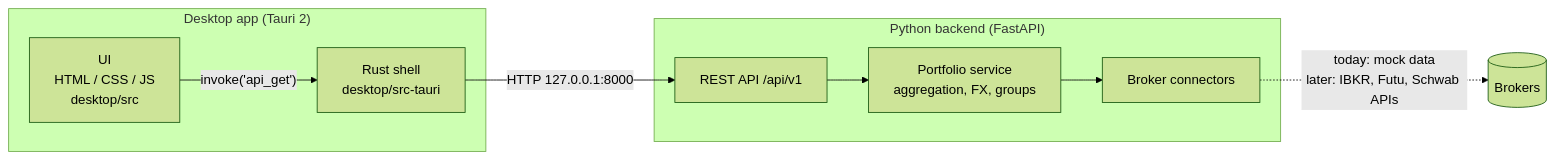
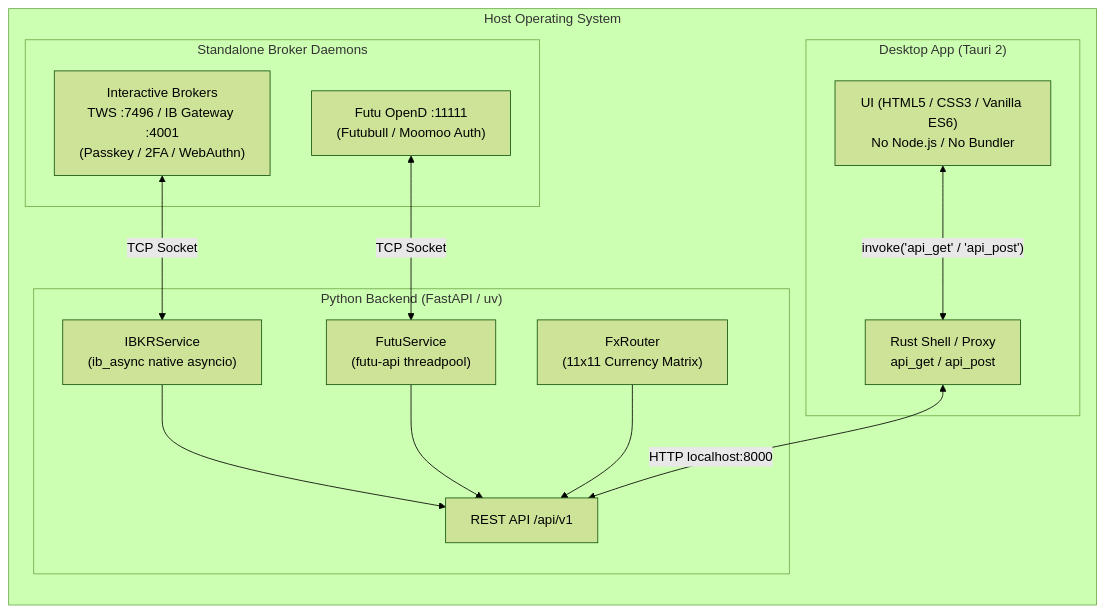
Before and after one commit to DHKLeung/uninv: the diagram in README.md, drawn with Mermaid (forest theme). The commit also changed other lines of this file and 35 other files, not shown here.

````diff
--- a/README.md
+++ b/README.md
@@ -17,16 +38,30 @@
 ```mermaid
 flowchart LR
-    subgraph Desktop["Desktop app (Tauri 2)"]
-        UI["UI<br/>HTML / CSS / JS<br/>desktop/src"]
-        RS["Rust shell<br/>desktop/src-tauri"]
+    subgraph Host["Host Operating System"]
+        subgraph Gateways["Standalone Broker Daemons"]
+            IBGW["Interactive Brokers<br/>TWS :7496 / IB Gateway :4001<br/>(Passkey / 2FA / WebAuthn)"]
+            FUTU["Futu OpenD :11111<br/>(Futubull / Moomoo Auth)"]
+        end
+
+        subgraph Backend["Python Backend (FastAPI / uv)"]
+            API["REST API /api/v1"]
+            IBKR_SVC["IBKRService<br/>(ib_async native asyncio)"]
+            FUTU_SVC["FutuService<br/>(futu-api threadpool)"]
+            FX["FxRouter<br/>(11x11 Currency Matrix)"]
+        end
+
+        subgraph Desktop["Desktop App (Tauri 2)"]
+            RS["Rust Shell / Proxy<br/>api_get / api_post"]
+            UI["UI (HTML5 / CSS3 / Vanilla ES6)<br/>No Node.js / No Bundler"]
+        end
     end
-    subgraph Backend["Python backend (FastAPI)"]
-        API["REST API /api/v1"]
-        SVC["Portfolio service<br/>aggregation, FX, groups"]
-        BRK["Broker connectors"]
-    end
-    UI -- "invoke('api_get')" --> RS
-    RS -- "HTTP 127.0.0.1:8000" --> API
-    API --> SVC --> BRK
-    BRK -. "today: mock data<br/>later: IBKR, Futu, Schwab APIs" .-> EXT[("Brokers")]
+
+    IBGW <--"TCP Socket"--> IBKR_SVC
+    FUTU <--"TCP Socket"--> FUTU_SVC
+    IBKR_SVC --> API
+    FUTU_SVC --> API
+    FX --> API
+
+    UI <--"invoke('api_get' / 'api_post')"--> RS
+    RS <--"HTTP localhost:8000"--> API
 ```
````
